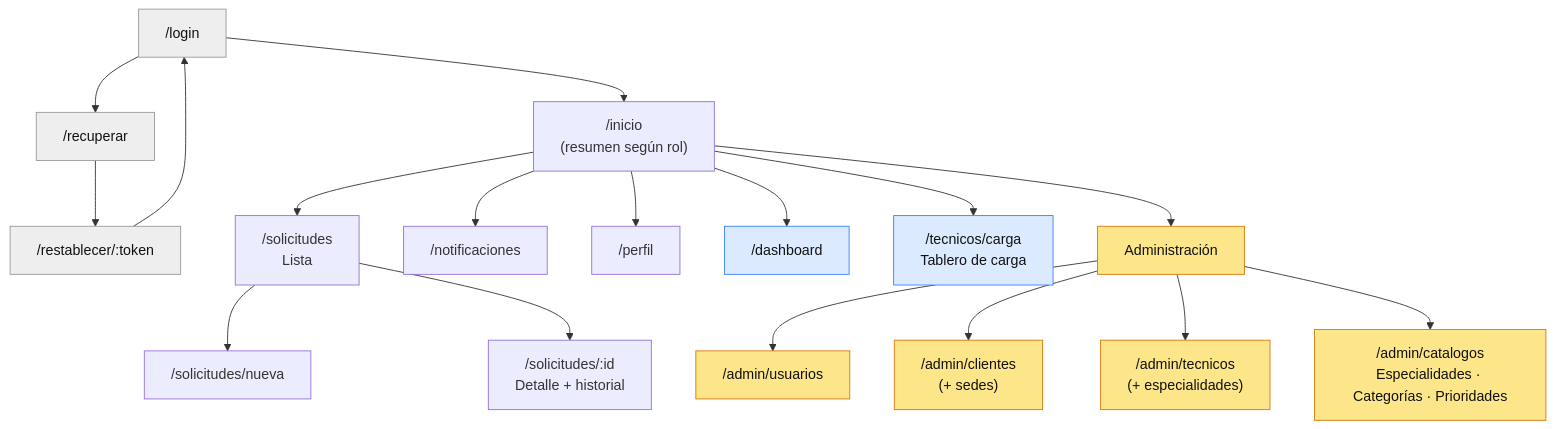
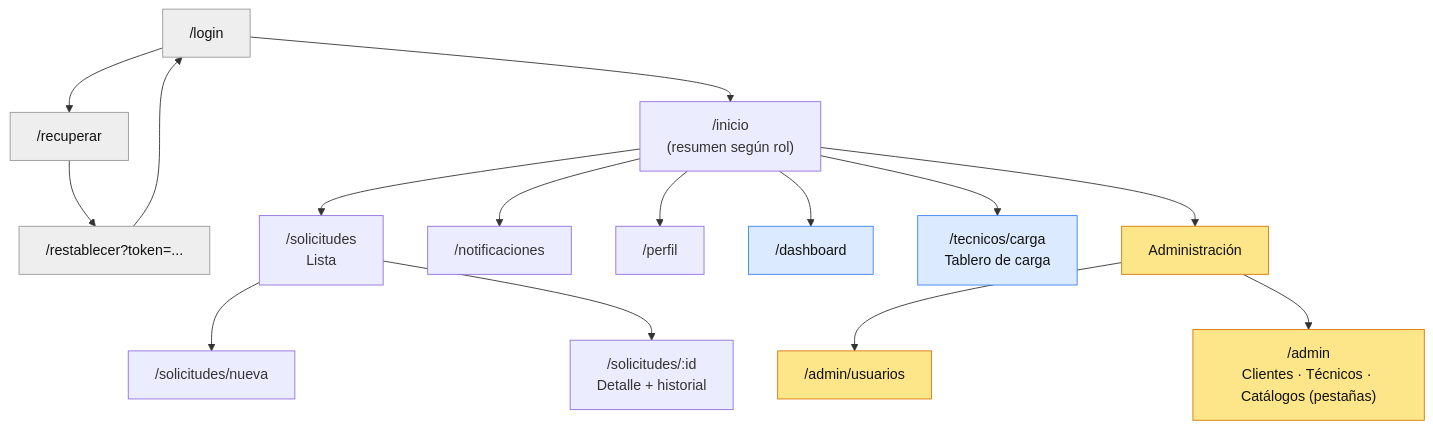
Before and after one commit to jacksonandresrosales/Proyecto-Dawa: the diagram in docs/ux/02-sitemap.md, drawn with Mermaid. The commit also changed other lines of this file and 12 other files, not shown here.

````diff
--- a/docs/ux/02-sitemap.md
+++ b/docs/ux/02-sitemap.md
@@ -5,27 +5,25 @@
 ```mermaid
 flowchart TD
   L["/login"] --> I["/inicio<br/>(resumen según rol)"]
-  L --> R["/recuperar"] --> RT["/restablecer/:token"] --> L
+  L --> R["/recuperar"] --> RT["/restablecer?token=..."] --> L
 
   I --> S["/solicitudes<br/>Lista"]
   S --> SN["/solicitudes/nueva"]
   S --> SD["/solicitudes/:id<br/>Detalle + historial"]
   I --> N["/notificaciones"]
   I --> P["/perfil"]
 
   I --> D["/dashboard"]
   I --> TC["/tecnicos/carga<br/>Tablero de carga"]
 
   I --> A["Administración"]
   A --> AU["/admin/usuarios"]
-  A --> AC["/admin/clientes<br/>(+ sedes)"]
-  A --> AT["/admin/tecnicos<br/>(+ especialidades)"]
-  A --> AK["/admin/catalogos<br/>Especialidades · Categorías · Prioridades"]
+  A --> AC["/admin<br/>Clientes · Técnicos · Catálogos (pestañas)"]
 
   classDef publico fill:#eee,stroke:#999,color:#111
   classDef gestion fill:#dbeafe,stroke:#3b82f6,color:#111
   classDef admin fill:#fde68a,stroke:#d97706,color:#111
   class L,R,RT publico
   class D,TC gestion
-  class A,AU,AC,AT,AK admin
+  class A,AU,AC admin
 ```
````
